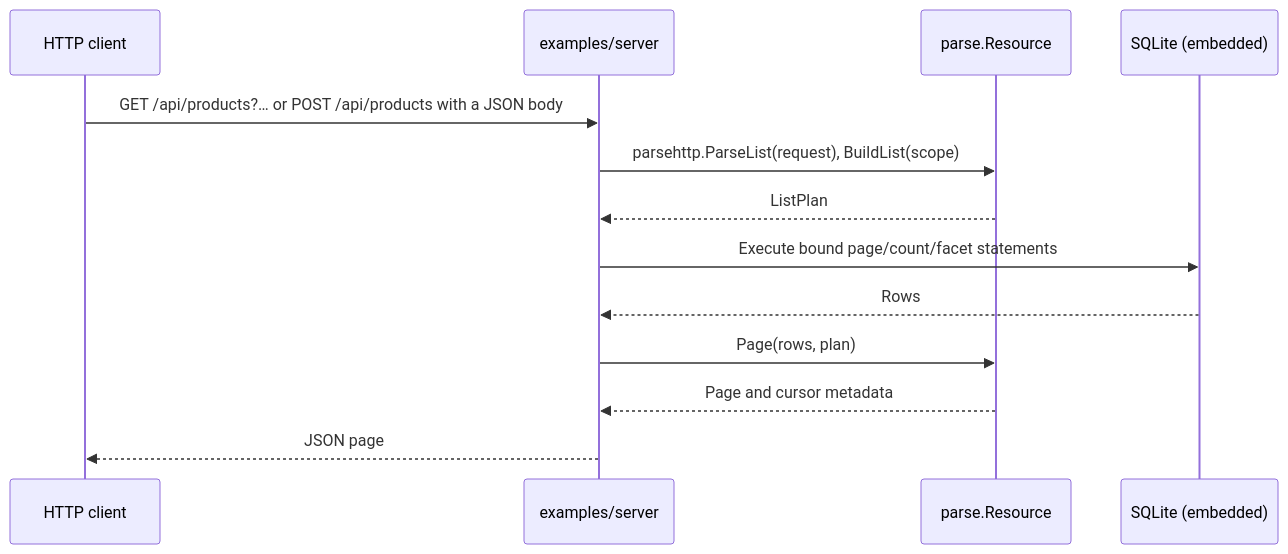
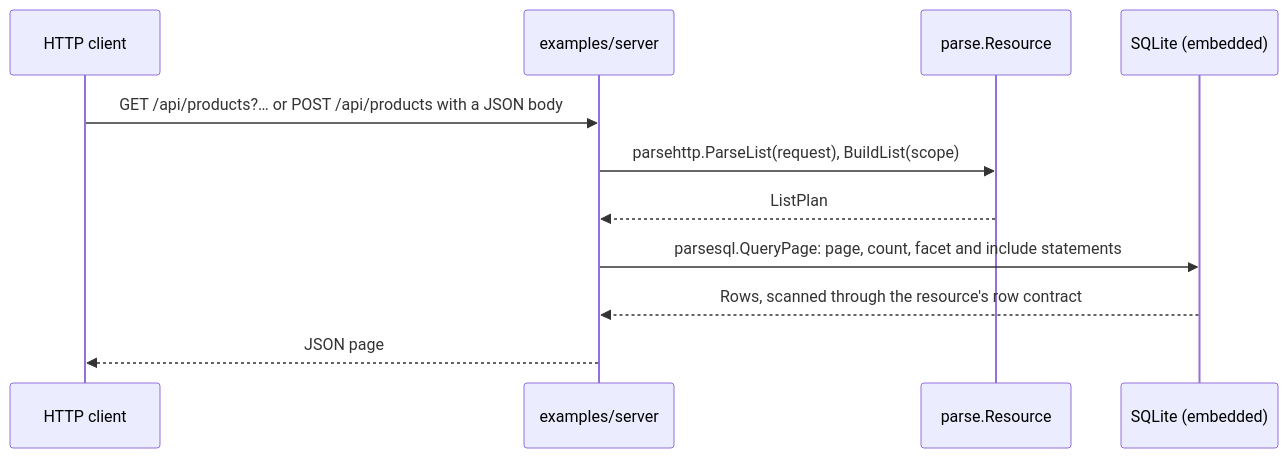
One commit to ashtonian/pkg changed the second of 2 diagrams in parse/examples/server/README.md. Above: the diagram before and after it, drawn with Mermaid. The commit also changed other lines of this file and 40 other files, not shown here.

````diff
--- a/parse/examples/server/README.md
+++ b/parse/examples/server/README.md
@@ -68,15 +68,13 @@
 ```mermaid
 sequenceDiagram
     participant C as HTTP client
     participant H as examples/server
     participant R as parse.Resource
     participant DB as SQLite (embedded)
     C->>H: GET /api/products?… or POST /api/products with a JSON body
     H->>R: parsehttp.ParseList(request), BuildList(scope)
     R-->>H: ListPlan
-    H->>DB: Execute bound page/count/facet statements
-    DB-->>H: Rows
-    H->>R: Page(rows, plan)
-    R-->>H: Page and cursor metadata
+    H->>DB: parsesql.QueryPage: page, count, facet and include statements
+    DB-->>H: Rows, scanned through the resource's row contract
     H-->>C: JSON page
 ```
````
